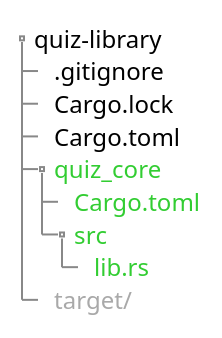
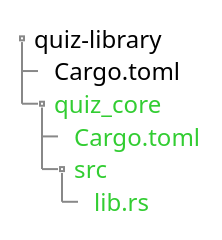
One commit to native-rust-lib/native-rust-lib.github.io changed the third of 4 diagrams in mdbook/src/core-lib/setup.md. Above: the diagram before and after it, drawn with PlantUML. The commit also changed other lines of this file and 14 other files, not shown here.

````diff
--- a/mdbook/src/core-lib/setup.md
+++ b/mdbook/src/core-lib/setup.md
@@ -43,17 +60,14 @@
 ```plantuml,format=svg
 @startsalt
 {
     {T
         + quiz-library
-            ++ .gitignore
-            ++ Cargo.lock
             ++ Cargo.toml
             ++ <color:limegreen>quiz_core
                 +++ <color:limegreen>Cargo.toml
                 +++ <color:limegreen>src
                     ++++ <color:limegreen>lib.rs
-            ++ <color:darkgrey>target/
     }
 }
 @endsalt
 ```
````
